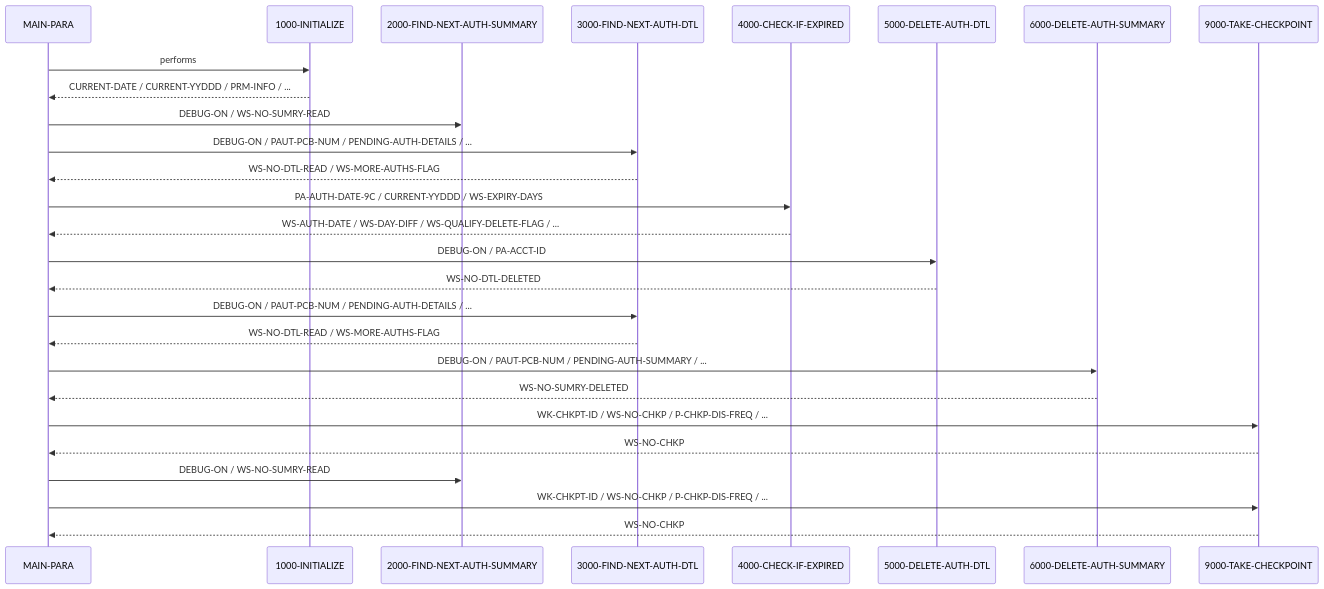
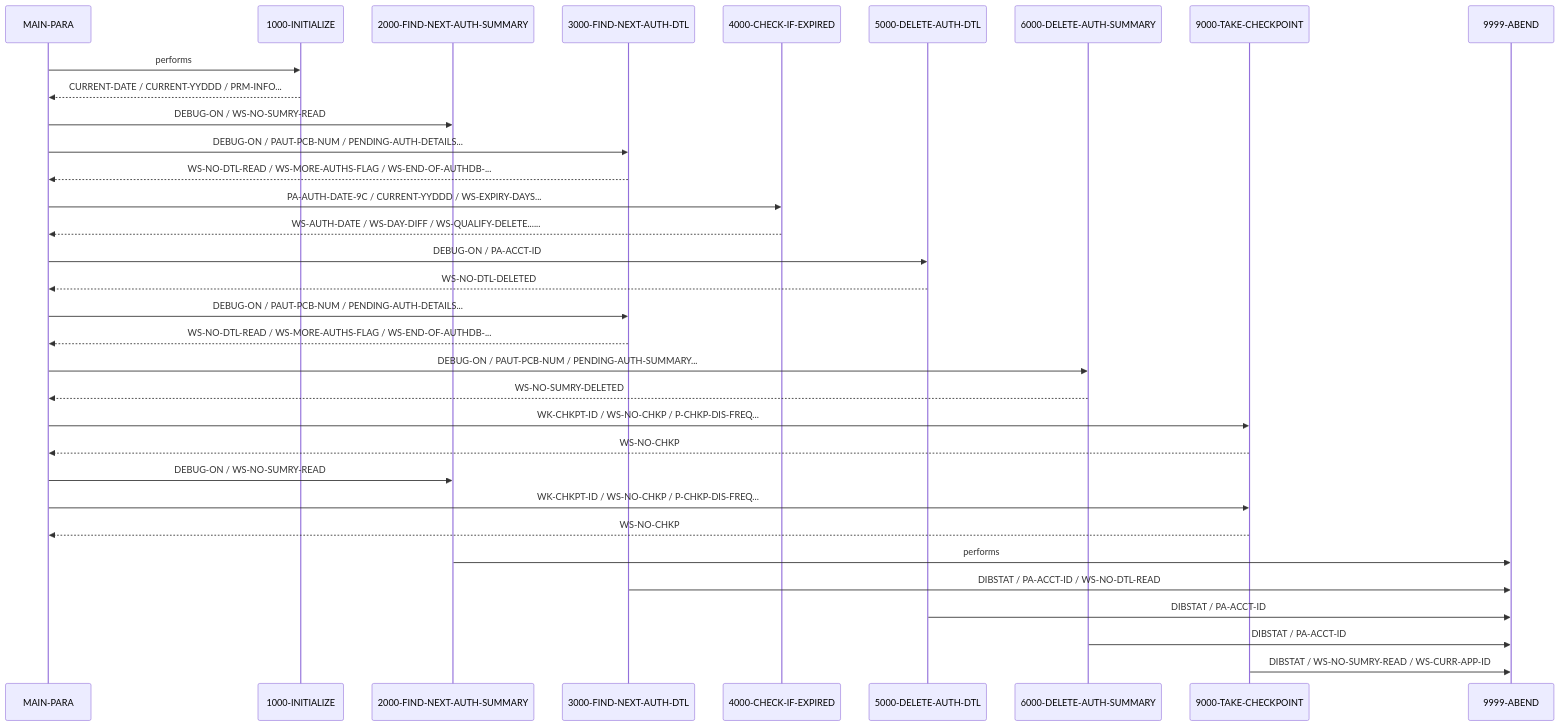
Before and after one commit to andrasfe/war_rig: the diagram in example_output/cbl/CBPAUP0C.cbl.md, drawn with Mermaid. The commit also changed other lines of this file and 238 other files, not shown here.

````diff
--- a/example_output/cbl/CBPAUP0C.cbl.md
+++ b/example_output/cbl/CBPAUP0C.cbl.md
@@ -102,29 +198,35 @@
 ```mermaid
 sequenceDiagram
     participant MAIN_PARA as MAIN-PARA
     participant 1000_INITIALIZE as 1000-INITIALIZE
     participant 2000_FIND_NEXT_AUTH_SUMMARY as 2000-FIND-NEXT-AUTH-SUMMARY
     participant 3000_FIND_NEXT_AUTH_DTL as 3000-FIND-NEXT-AUTH-DTL
     participant 4000_CHECK_IF_EXPIRED as 4000-CHECK-IF-EXPIRED
     participant 5000_DELETE_AUTH_DTL as 5000-DELETE-AUTH-DTL
     participant 6000_DELETE_AUTH_SUMMARY as 6000-DELETE-AUTH-SUMMARY
     participant 9000_TAKE_CHECKPOINT as 9000-TAKE-CHECKPOINT
+    participant 9999_ABEND as 9999-ABEND
     MAIN_PARA->>1000_INITIALIZE: performs
-    1000_INITIALIZE-->>MAIN_PARA: CURRENT-DATE / CURRENT-YYDDD / PRM-INFO / ...
+    1000_INITIALIZE-->>MAIN_PARA: CURRENT-DATE / CURRENT-YYDDD / PRM-INFO...
     MAIN_PARA->>2000_FIND_NEXT_AUTH_SUMMARY: DEBUG-ON / WS-NO-SUMRY-READ
-    MAIN_PARA->>3000_FIND_NEXT_AUTH_DTL: DEBUG-ON / PAUT-PCB-NUM / PENDING-AUTH-DETAILS / ...
-    3000_FIND_NEXT_AUTH_DTL-->>MAIN_PARA: WS-NO-DTL-READ / WS-MORE-AUTHS-FLAG
-    MAIN_PARA->>4000_CHECK_IF_EXPIRED: PA-AUTH-DATE-9C / CURRENT-YYDDD / WS-EXPIRY-DAYS
-    4000_CHECK_IF_EXPIRED-->>MAIN_PARA: WS-AUTH-DATE / WS-DAY-DIFF / WS-QUALIFY-DELETE-FLAG / ...
+    MAIN_PARA->>3000_FIND_NEXT_AUTH_DTL: DEBUG-ON / PAUT-PCB-NUM / PENDING-AUTH-DETAILS...
+    3000_FIND_NEXT_AUTH_DTL-->>MAIN_PARA: WS-NO-DTL-READ / WS-MORE-AUTHS-FLAG / WS-END-OF-AUTHDB-...
+    MAIN_PARA->>4000_CHECK_IF_EXPIRED: PA-AUTH-DATE-9C / CURRENT-YYDDD / WS-EXPIRY-DAYS...
+    4000_CHECK_IF_EXPIRED-->>MAIN_PARA: WS-AUTH-DATE / WS-DAY-DIFF / WS-QUALIFY-DELETE......
     MAIN_PARA->>5000_DELETE_AUTH_DTL: DEBUG-ON / PA-ACCT-ID
     5000_DELETE_AUTH_DTL-->>MAIN_PARA: WS-NO-DTL-DELETED
-    MAIN_PARA->>3000_FIND_NEXT_AUTH_DTL: DEBUG-ON / PAUT-PCB-NUM / PENDING-AUTH-DETAILS / ...
-    3000_FIND_NEXT_AUTH_DTL-->>MAIN_PARA: WS-NO-DTL-READ / WS-MORE-AUTHS-FLAG
-    MAIN_PARA->>6000_DELETE_AUTH_SUMMARY: DEBUG-ON / PAUT-PCB-NUM / PENDING-AUTH-SUMMARY / ...
+    MAIN_PARA->>3000_FIND_NEXT_AUTH_DTL: DEBUG-ON / PAUT-PCB-NUM / PENDING-AUTH-DETAILS...
+    3000_FIND_NEXT_AUTH_DTL-->>MAIN_PARA: WS-NO-DTL-READ / WS-MORE-AUTHS-FLAG / WS-END-OF-AUTHDB-...
+    MAIN_PARA->>6000_DELETE_AUTH_SUMMARY: DEBUG-ON / PAUT-PCB-NUM / PENDING-AUTH-SUMMARY...
     6000_DELETE_AUTH_SUMMARY-->>MAIN_PARA: WS-NO-SUMRY-DELETED
-    MAIN_PARA->>9000_TAKE_CHECKPOINT: WK-CHKPT-ID / WS-NO-CHKP / P-CHKP-DIS-FREQ / ...
+    MAIN_PARA->>9000_TAKE_CHECKPOINT: WK-CHKPT-ID / WS-NO-CHKP / P-CHKP-DIS-FREQ...
     9000_TAKE_CHECKPOINT-->>MAIN_PARA: WS-NO-CHKP
     MAIN_PARA->>2000_FIND_NEXT_AUTH_SUMMARY: DEBUG-ON / WS-NO-SUMRY-READ
-    MAIN_PARA->>9000_TAKE_CHECKPOINT: WK-CHKPT-ID / WS-NO-CHKP / P-CHKP-DIS-FREQ / ...
+    MAIN_PARA->>9000_TAKE_CHECKPOINT: WK-CHKPT-ID / WS-NO-CHKP / P-CHKP-DIS-FREQ...
     9000_TAKE_CHECKPOINT-->>MAIN_PARA: WS-NO-CHKP
+    2000_FIND_NEXT_AUTH_SUMMARY->>9999_ABEND: performs
+    3000_FIND_NEXT_AUTH_DTL->>9999_ABEND: DIBSTAT / PA-ACCT-ID / WS-NO-DTL-READ
+    5000_DELETE_AUTH_DTL->>9999_ABEND: DIBSTAT / PA-ACCT-ID
+    6000_DELETE_AUTH_SUMMARY->>9999_ABEND: DIBSTAT / PA-ACCT-ID
+    9000_TAKE_CHECKPOINT->>9999_ABEND: DIBSTAT / WS-NO-SUMRY-READ / WS-CURR-APP-ID
 ```
````
